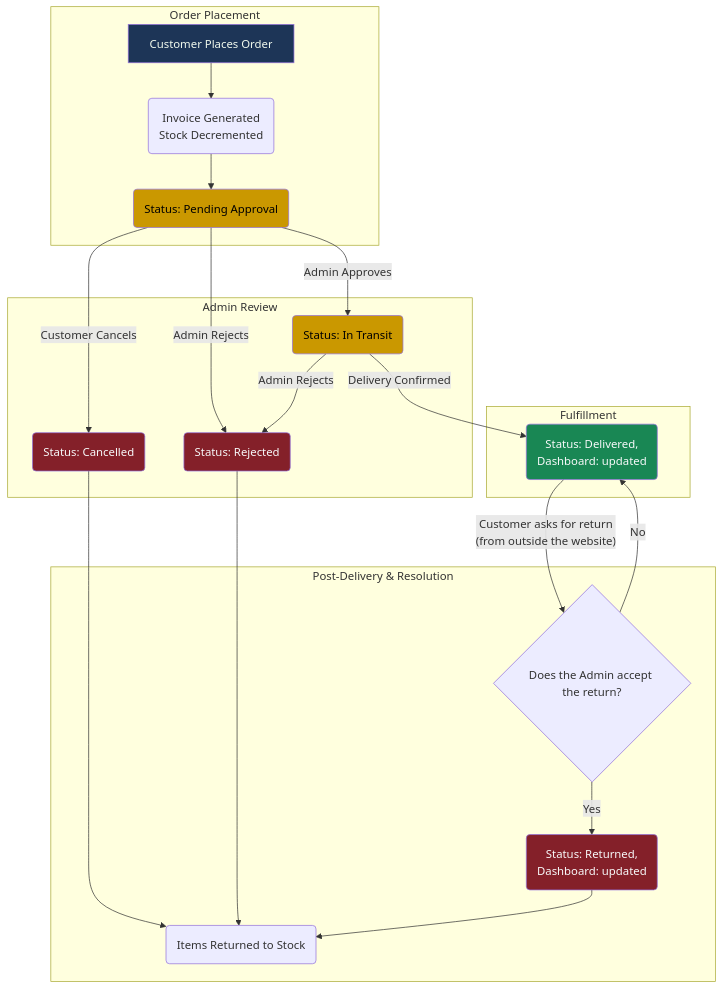
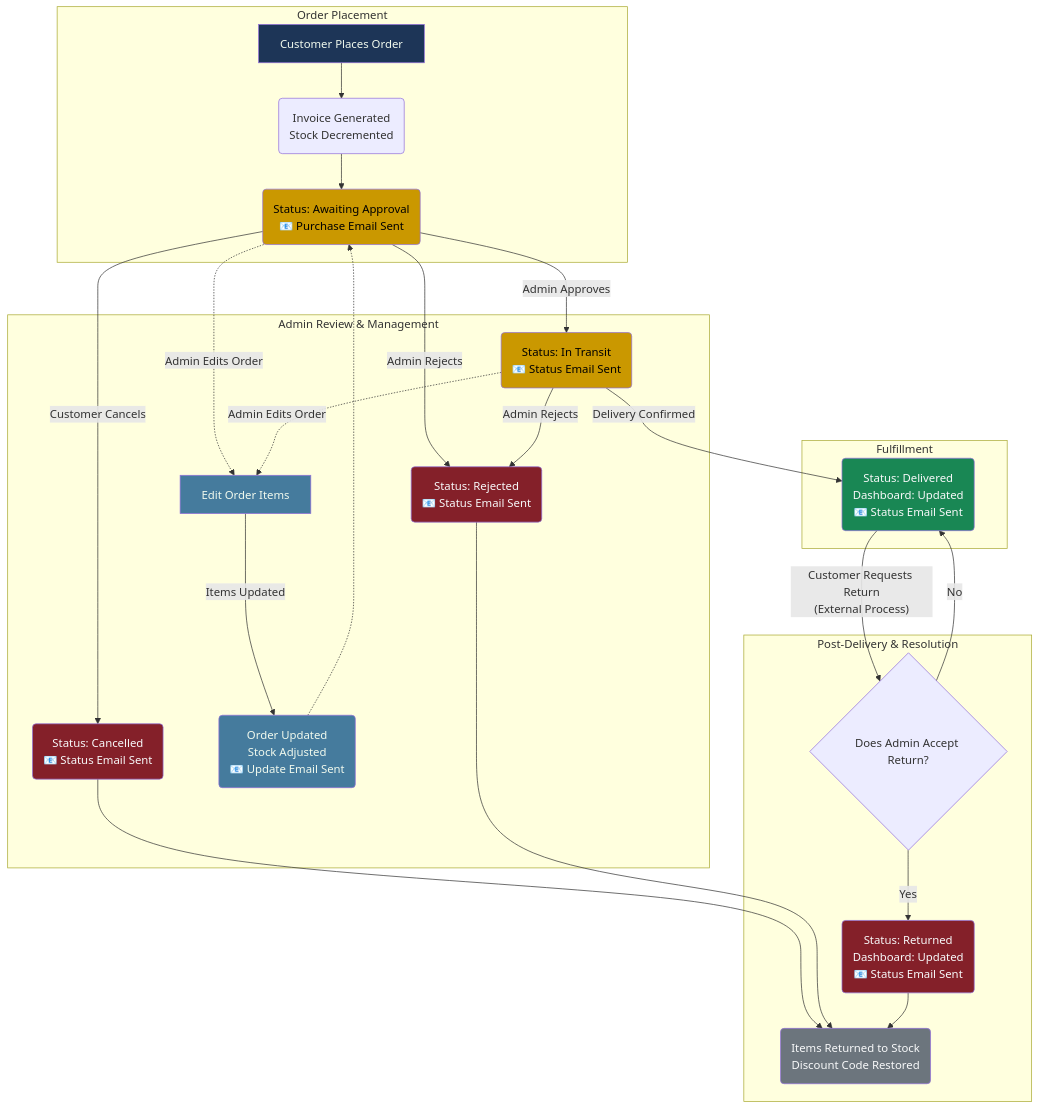
The first of 2 diagrams in docs/04-Guides/Store-Management/02-How-the-Orders-System-Works.md (aymanbazyan/storeflow-docs), drawn with Mermaid before and after one commit. The commit also changed other lines of this file and 2 other files, not shown here.

````diff
--- a/docs/04-Guides/Store-Management/02-How-the-Orders-System-Works.md
+++ b/docs/04-Guides/Store-Management/02-How-the-Orders-System-Works.md
@@ -12,37 +12,38 @@
 ```mermaid
 graph TD;
-
     subgraph "Order Placement"
-        A[Customer Places Order] --> Y(Invoice Generated <br/> Stock Decremented)--> B(Status: Pending Approval);
+        A[Customer Places Order] --> Y(Invoice Generated <br/> Stock Decremented)--> B(Status: Awaiting Approval<br/>📧 Purchase Email Sent);
     end
-
-    subgraph "Admin Review"
-        B --> |Admin Approves| F(Status: In Transit);
-        B --> |Admin Rejects| D(Status: Rejected);
-        B --> |Customer Cancels| E(Status: Cancelled);
+    subgraph "Admin Review & Management"
+        B --> |Admin Approves| F(Status: In Transit<br/>📧 Status Email Sent);
+        B --> |Admin Rejects| D(Status: Rejected<br/>📧 Status Email Sent);
+        B --> |Customer Cancels| E(Status: Cancelled<br/>📧 Status Email Sent);
+        B -.-> |Admin Edits Order| EDIT[Edit Order Items];
+        F -.-> |Admin Edits Order| EDIT;
+        EDIT --> |Items Updated| B2(Order Updated<br/>Stock Adjusted<br/>📧 Update Email Sent);
+        B2 -.-> B;
     end
-
     subgraph "Fulfillment"
-        F --> |Delivery Confirmed| G(Status: Delivered,<br/>Dashboard: updated);
+        F --> |Delivery Confirmed| G(Status: Delivered<br/>Dashboard: Updated<br/>📧 Status Email Sent);
         F --> |Admin Rejects| D;
     end
-
     subgraph "Post-Delivery & Resolution"
-        G --> |"Customer asks for return<br/>(from outside the website)"| H{Does the Admin accept the return?};
-        H --> |Yes| K(Status: Returned,<br/>Dashboard: updated);
+        G --> |"Customer Requests Return<br/>(External Process)"| H{Does Admin Accept Return?};
+        H --> |Yes| K(Status: Returned<br/>Dashboard: Updated<br/>📧 Status Email Sent);
         H --> |No| G;
-
-        E --> Z(Items Returned to Stock);
+        E --> Z(Items Returned to Stock<br/>Discount Code Restored);
         D --> Z;
         K --> Z
     end
-
     %% Dark Mode Friendly Styles
     style A fill:#1d3557,color:#f1faee
     style B fill:#ca9800,color:#000
+    style B2 fill:#457b9d,color:#f1faee
     style F fill:#ca9800,color:#000
     style G fill:#198754,color:#f8f9fa
     style D fill:#842029,color:#f8f9fa
     style E fill:#842029,color:#f8f9fa
     style K fill:#842029,color:#f8f9fa
+    style EDIT fill:#457b9d,color:#f1faee
+    style Z fill:#6c757d,color:#f8f9fa
 ```
````
